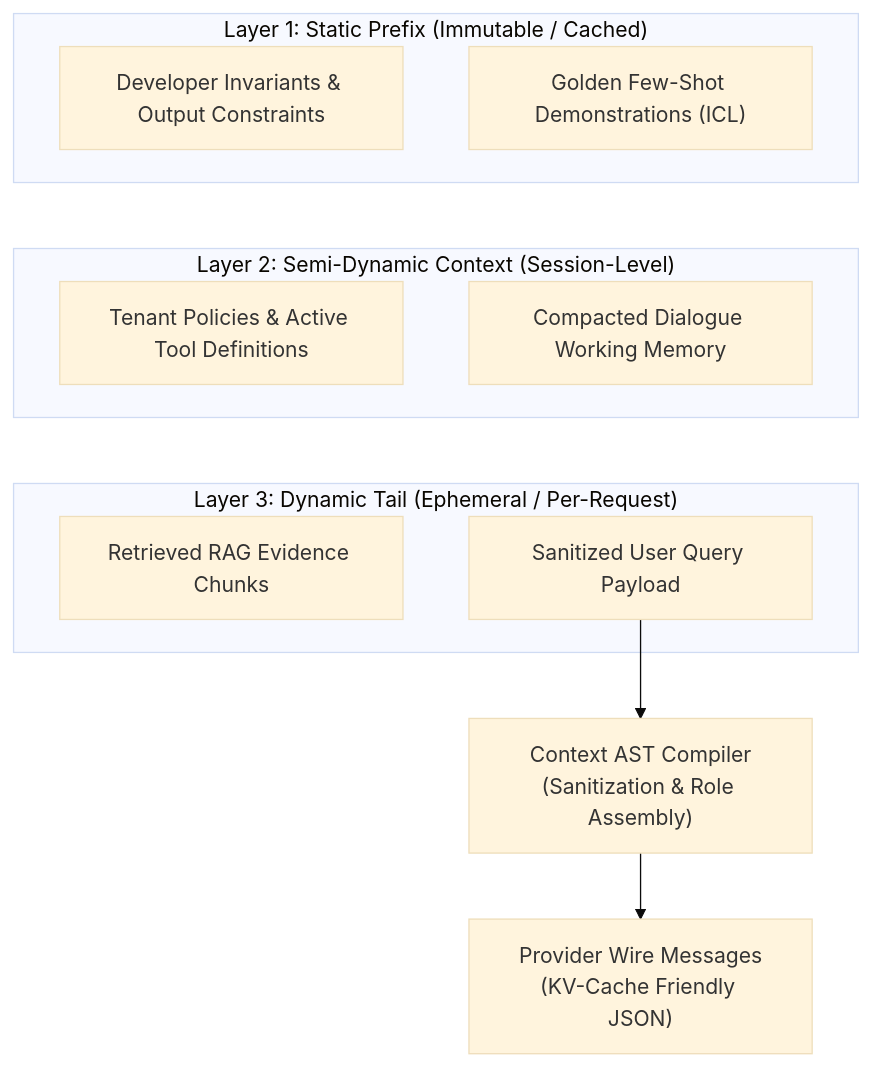
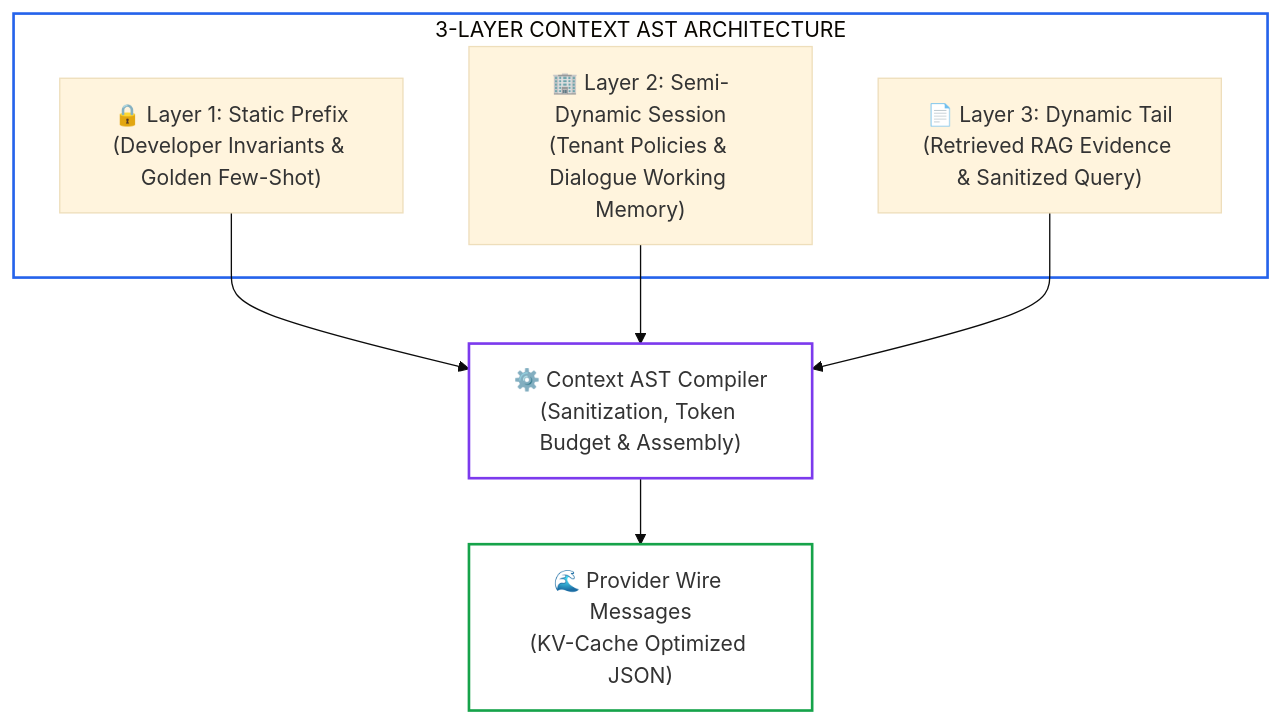
Before and after one commit to dip4k/senior-engineer-to-ai-engineer-roadmap: the first of 2 diagrams in 01-prompt-and-context-engineering/01-context-ast-architecture.md, drawn with Mermaid (base theme). The commit also changed other lines of this file and 39 other files, not shown here.

First line of the commit message:
feat(curriculum): upgrade mermaid diagrams with unicode icons & codify anti-bloat layout rules

````diff
--- a/01-prompt-and-context-engineering/01-context-ast-architecture.md
+++ b/01-prompt-and-context-engineering/01-context-ast-architecture.md
@@ -108,23 +108,17 @@
 ```mermaid
 flowchart TD
-    subgraph L1["Layer 1: Static Prefix (Immutable / Cached)"]
-        D1["Developer Invariants & Output Constraints"]
-        D2["Golden Few-Shot Demonstrations (ICL)"]
+    subgraph AST["3-LAYER CONTEXT AST ARCHITECTURE"]
+        L1["🔒 Layer 1: Static Prefix<br>(Developer Invariants & Golden Few-Shot)"]
+        L2["🏢 Layer 2: Semi-Dynamic Session<br>(Tenant Policies & Dialogue Working Memory)"]
+        L3["📄 Layer 3: Dynamic Tail<br>(Retrieved RAG Evidence & Sanitized Query)"]
     end
-    subgraph L2["Layer 2: Semi-Dynamic Context (Session-Level)"]
-        S1["Tenant Policies & Active Tool Definitions"]
-        S2["Compacted Dialogue Working Memory"]
-    end
-    subgraph L3["Layer 3: Dynamic Tail (Ephemeral / Per-Request)"]
-        T1["Retrieved RAG Evidence Chunks"]
-        T2["Sanitized User Query Payload"]
-    end
-    Compiler["Context AST Compiler<br>(Sanitization & Role Assembly)"]
-    Wire["Provider Wire Messages<br>(KV-Cache Friendly JSON)"]
 
-    D1 ~~~ S1
-    D2 ~~~ S2
-    S1 ~~~ T1
-    S2 ~~~ T2
-    T2 --> Compiler --> Wire
+    L1 --> Compiler["⚙️ Context AST Compiler<br>(Sanitization, Token Budget & Assembly)"]
+    L2 --> Compiler
+    L3 --> Compiler
+    Compiler --> Wire["🌊 Provider Wire Messages<br>(KV-Cache Optimized JSON)"]
+
+    style AST fill:none,stroke:#2563eb,stroke-width:2px;
+    style Compiler stroke:#7c3aed,stroke-width:2px,fill:none;
+    style Wire stroke:#16a34a,stroke-width:2px,fill:none;
 ```
````
